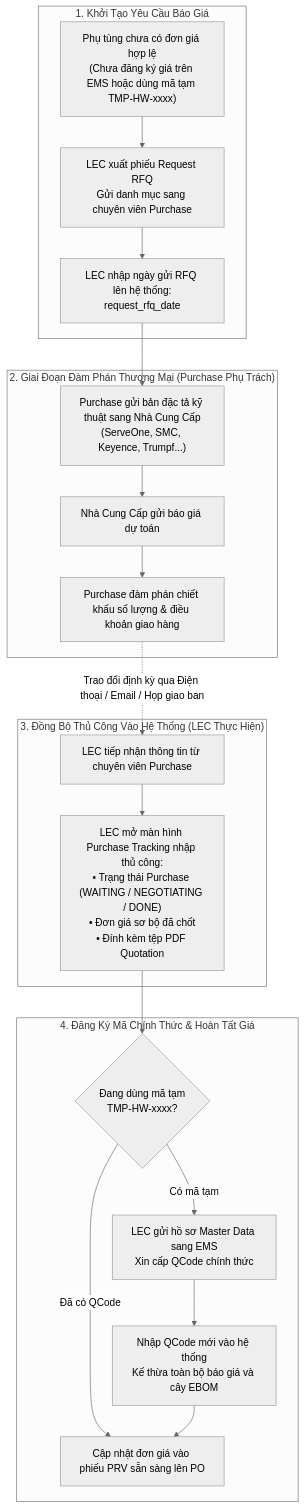
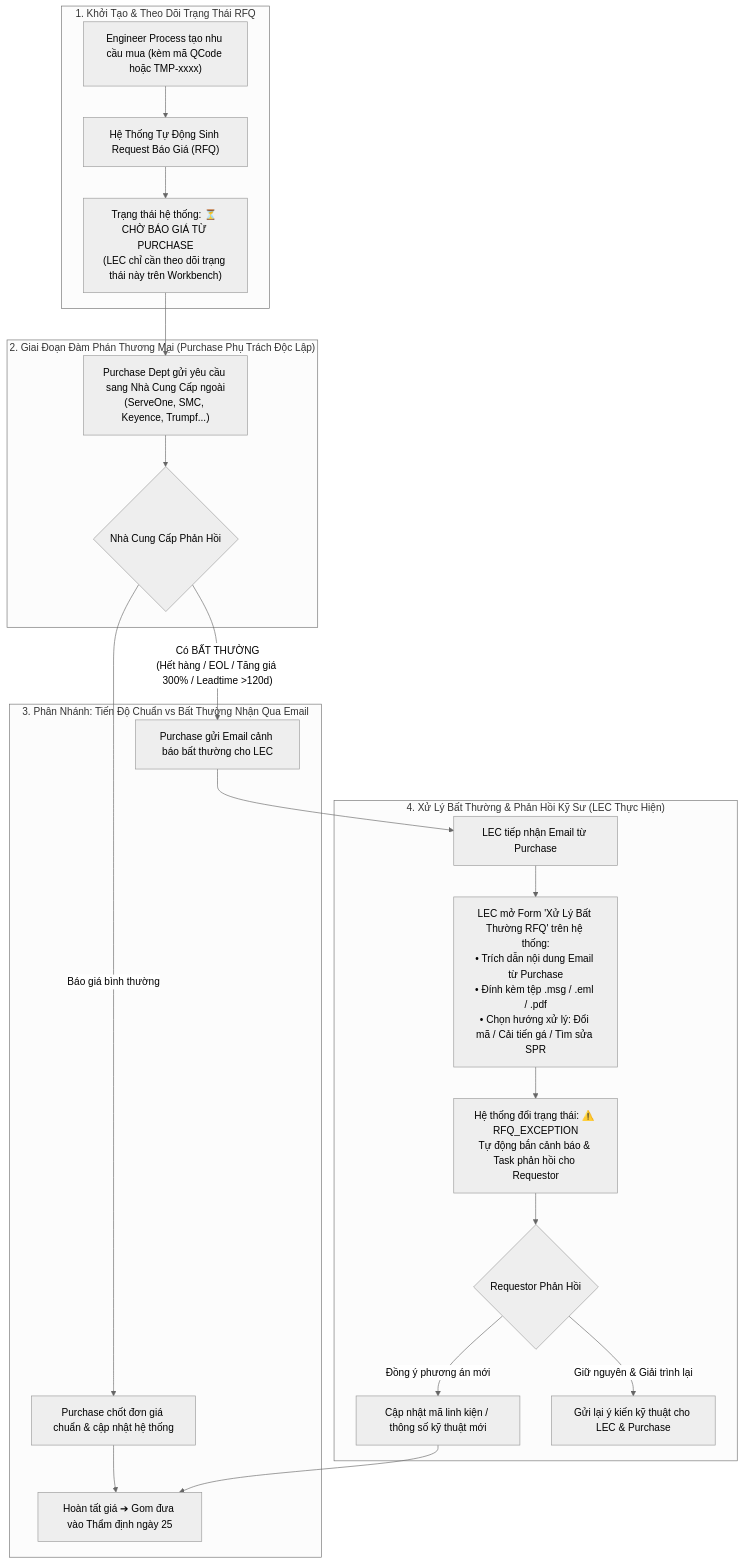
Before and after one commit to longphamduc-vn/ops-workflow: the diagram in procurement-system/06-process-workflows-and-diagrams/03-rfq-and-purchase-tracking-flow.md, drawn with Mermaid (neutral theme). The commit also changed other lines of this file and 27 other files, not shown here.

Commit message:
feat(procurement-system): comprehensive overhaul of role interfaces, ebom drag-drop, rfq exceptions, inter-entity transfer, and no-rollover budget

````diff
--- a/procurement-system/06-process-workflows-and-diagrams/03-rfq-and-purchase-tracking-flow.md
+++ b/procurement-system/06-process-workflows-and-diagrams/03-rfq-and-purchase-tracking-flow.md
@@ -7,27 +8,33 @@
 ```mermaid
 flowchart TD
-    subgraph S1["1. Khởi Tạo Yêu Cầu Báo Giá"]
-        Item["Phụ tùng chưa có đơn giá hợp lệ\n(Chưa đăng ký giá trên EMS hoặc dùng mã tạm TMP-HW-xxxx)"]
-        Item --> LEC_Send["LEC xuất phiếu Request RFQ\nGửi danh mục sang chuyên viên Purchase"]
-        LEC_Send --> SystemLog["LEC nhập ngày gửi RFQ lên hệ thống:\nrequest_rfq_date"]
+    subgraph S1["1. Khởi Tạo & Theo Dõi Trạng Thái RFQ"]
+        Req["Engineer Process tạo nhu cầu mua (kèm mã QCode hoặc TMP-xxxx)"]
+        Req --> RFQ_Init["Hệ Thống Tự Động Sinh Request Báo Giá (RFQ)"]
+        RFQ_Init --> StatusTrack["Trạng thái hệ thống: ⏳ CHỜ BÁO GIÁ TỪ PURCHASE\n(LEC chỉ cần theo dõi trạng thái này trên Workbench)"]
     end
 
-    subgraph S2["2. Giai Đoạn Đàm Phán Thương Mại (Purchase Phụ Trách)"]
-        SystemLog --> PurWork["Purchase gửi bản đặc tả kỹ thuật sang Nhà Cung Cấp\n(ServeOne, SMC, Keyence, Trumpf...)"]
-        PurWork --> VenQuote["Nhà Cung Cấp gửi báo giá dự toán"]
-        VenQuote --> PurNegotiate["Purchase đàm phán chiết khấu số lượng & điều khoản giao hàng"]
+    subgraph S2["2. Giai Đoạn Đàm Phán Thương Mại (Purchase Phụ Trách Độc Lập)"]
+        StatusTrack --> PurAction["Purchase Dept gửi yêu cầu sang Nhà Cung Cấp ngoài\n(ServeOne, SMC, Keyence, Trumpf...)"]
+        PurAction --> VenResponse{"Nhà Cung Cấp Phản Hồi"}
     end
 
-    subgraph S3["3. Đồng Bộ Thủ Công Vào Hệ Thống (LEC Thực Hiện)"]
-        PurNegotiate -.->|"Trao đổi định kỳ qua Điện thoại / Email / Họp giao ban"| LEC_Sync["LEC tiếp nhận thông tin từ chuyên viên Purchase"]
-        LEC_Sync --> ScreenUpdate["LEC mở màn hình Purchase Tracking nhập thủ công:\n• Trạng thái Purchase (WAITING / NEGOTIATING / DONE)\n• Đơn giá sơ bộ đã chốt\n• Đính kèm tệp PDF Quotation"]
+    subgraph S3["3. Phân Nhánh: Tiến Độ Chuẩn vs Bất Thường Nhận Qua Email"]
+        VenResponse -->|"Báo giá bình thường"| NormalFlow["Purchase chốt đơn giá chuẩn & cập nhật hệ thống"]
+        NormalFlow --> DonePrice["Hoàn tất giá ➔ Gom đưa vào Thẩm định ngày 25"]
+        
+        VenResponse -->|"Có BẤT THƯỜNG\n(Hết hàng / EOL / Tăng giá 300% / Leadtime >120d)"| ExMail["Purchase gửi Email cảnh báo bất thường cho LEC"]
     end
 
-    subgraph S4["4. Đăng Ký Mã Chính Thức & Hoàn Tất Giá"]
-        ScreenUpdate --> CheckCode{"Đang dùng mã tạm\nTMP-HW-xxxx?"}
-        CheckCode -->|"Có mã tạm"| ReqMaster["LEC gửi hồ sơ Master Data sang EMS\nXin cấp QCode chính thức"]
-        ReqMaster --> LinkCode["Nhập QCode mới vào hệ thống\nKế thừa toàn bộ báo giá và cây EBOM"]
-        CheckCode -->|"Đã có QCode"| FinalPrice["Cập nhật đơn giá vào phiếu PRV sẵn sàng lên PO"]
-        LinkCode --> FinalPrice
+    subgraph S4["4. Xử Lý Bất Thường & Phản Hồi Kỹ Sư (LEC Thực Hiện)"]
+        ExMail --> LEC_Receive["LEC tiếp nhận Email từ Purchase"]
+        LEC_Receive --> LEC_Input["LEC mở Form 'Xử Lý Bất Thường RFQ' trên hệ thống:\n• Trích dẫn nội dung Email từ Purchase\n• Đính kèm tệp .msg / .eml / .pdf\n• Chọn hướng xử lý: Đổi mã / Cải tiến gá / Tìm sửa SPR"]
+        
+        LEC_Input --> SysAlert["Hệ thống đổi trạng thái: ⚠️ RFQ_EXCEPTION\nTự động bắn cảnh báo & Task phản hồi cho Requestor"]
+        
+        SysAlert --> ReqAction{"Requestor Phản Hồi"}
+        ReqAction -->|"Đồng ý phương án mới"| UpdateOrder["Cập nhật mã linh kiện / thông số kỹ thuật mới"]
+        ReqAction -->|"Giữ nguyên & Giải trình lại"| ReExplain["Gửi lại ý kiến kỹ thuật cho LEC & Purchase"]
+        
+        UpdateOrder --> DonePrice
     end
 ```
````
